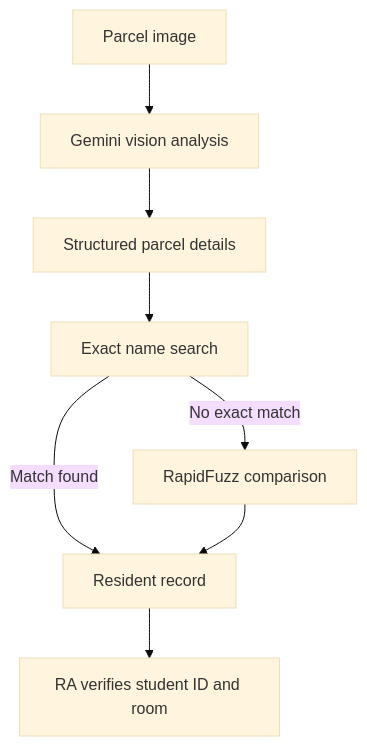
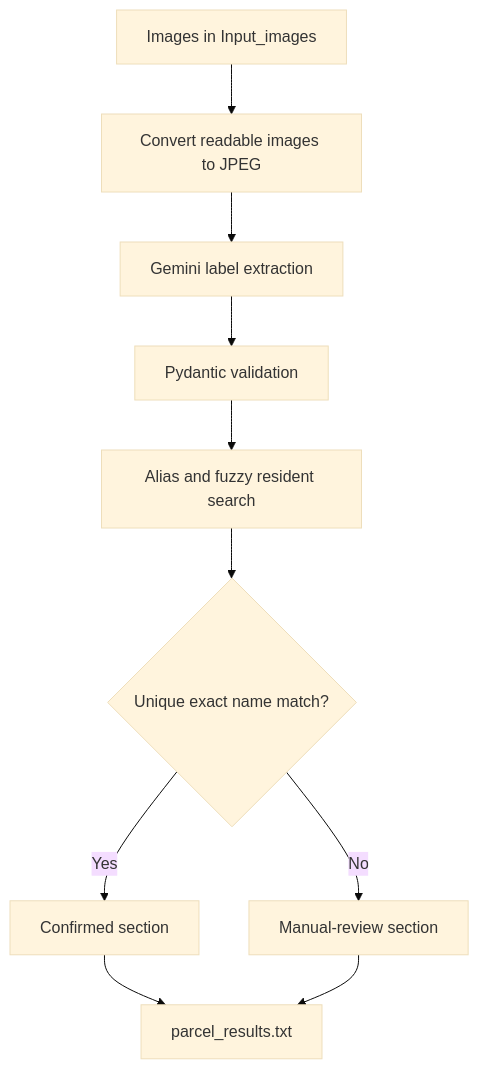
One commit to Zelandini/RA-parcel-scanner changed the diagram in README.md. Above: the diagram before and after it, drawn with Mermaid (base theme). The commit also changed other lines of this file, not shown here.

Commit message:
Update README for batch parcel workflow

````diff
--- a/README.md
+++ b/README.md
@@ -11,10 +11,12 @@
 ```mermaid
 flowchart TD
-    A[Parcel image] --> B[Gemini vision analysis]
-    B --> C[Structured parcel details]
-    C --> D[Exact name search]
-    D -->|No exact match| E[RapidFuzz comparison]
-    D -->|Match found| F[Resident record]
-    E --> F
-    F --> G[RA verifies student ID and room]
+    A[Images in Input_images] --> B[Convert readable images to JPEG]
+    B --> C[Gemini label extraction]
+    C --> D[Pydantic validation]
+    D --> E[Alias and fuzzy resident search]
+    E --> F{Unique exact name match?}
+    F -->|Yes| G[Confirmed section]
+    F -->|No| H[Manual-review section]
+    G --> I[parcel_results.txt]
+    H --> I
 ```
````
